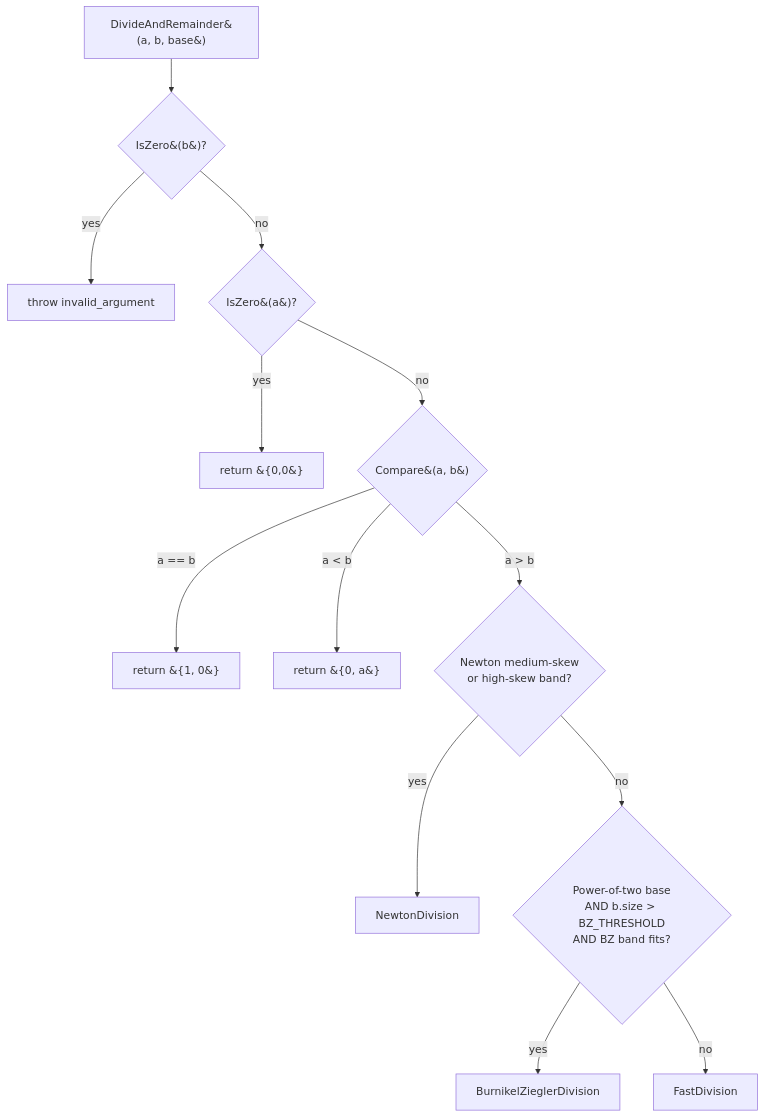
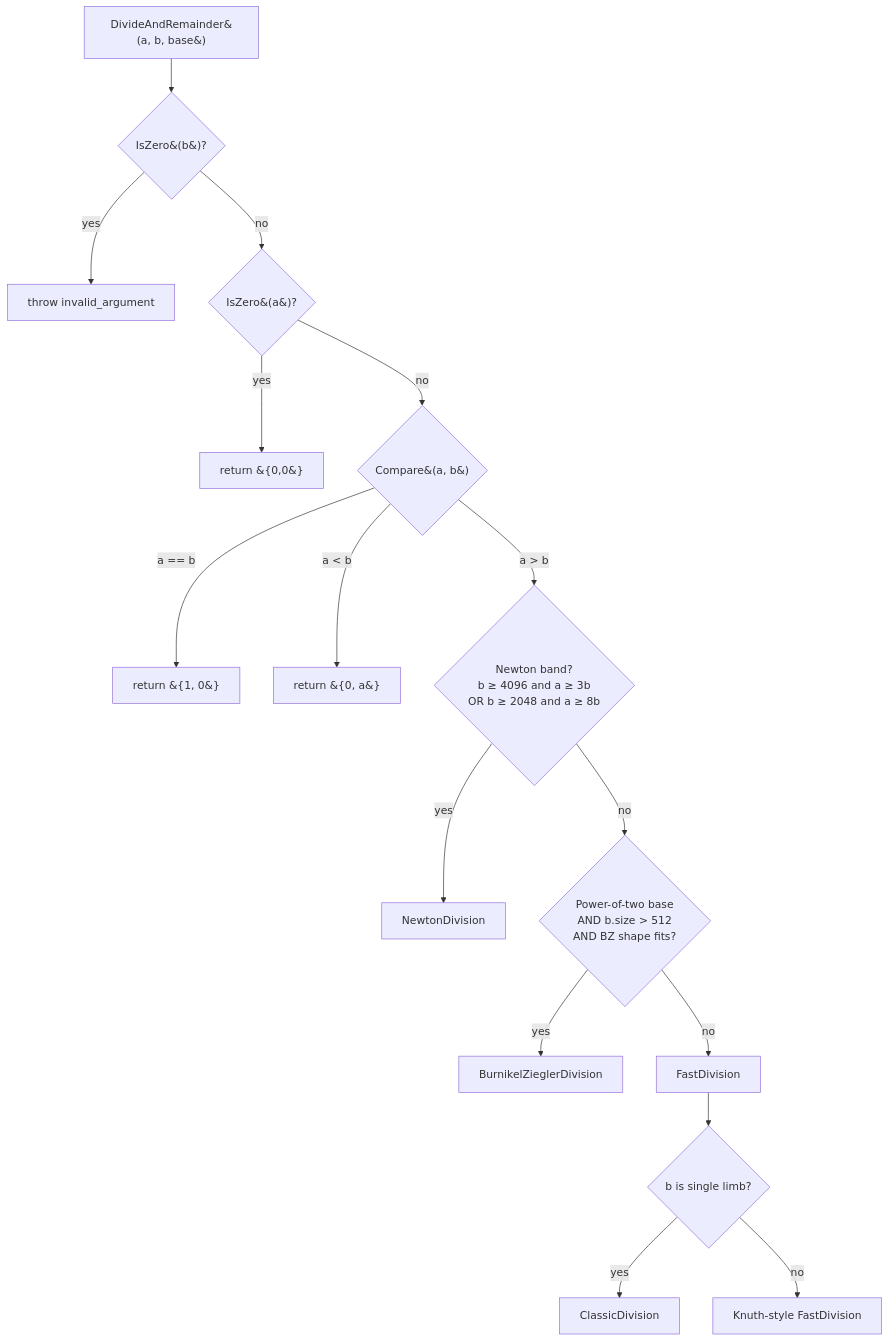
The diagram in docs/DIVISION.md (mmurshed/biginteger), drawn with Mermaid before and after one commit. The commit also changed other lines of this file and 4 other files, not shown here.

````diff
--- a/docs/DIVISION.md
+++ b/docs/DIVISION.md
@@ -56,15 +56,18 @@
 ```mermaid
 flowchart TD
     A[DivideAndRemainder&#40;a, b, base&#41;] --> B{IsZero&#40;b&#41;?}
     B -- yes --> Err[throw invalid_argument]
     B -- no --> C{IsZero&#40;a&#41;?}
     C -- yes --> Z[return &#123;0,0&#125;]
     C -- no --> D{Compare&#40;a, b&#41;}
     D -- a == b --> Eq[return &#123;1, 0&#125;]
     D -- a &lt; b --> Less[return &#123;0, a&#125;]
-    D -- a &gt; b --> E{Newton medium-skew<br/>or high-skew band?}
+    D -- a &gt; b --> E{Newton band?<br/>b ≥ 4096 and a ≥ 3b<br/>OR b ≥ 2048 and a ≥ 8b}
     E -- yes --> N[NewtonDivision]
-    E -- no --> F{Power-of-two base<br/>AND b.size &gt; BZ_THRESHOLD<br/>AND BZ band fits?}
+    E -- no --> F{Power-of-two base<br/>AND b.size &gt; 512<br/>AND BZ shape fits?}
     F -- yes --> BZ[BurnikelZieglerDivision]
     F -- no --> FD[FastDivision]
+    FD --> S{b is single limb?}
+    S -- yes --> CD[ClassicDivision]
+    S -- no --> KD[Knuth-style FastDivision]
 ```
````
